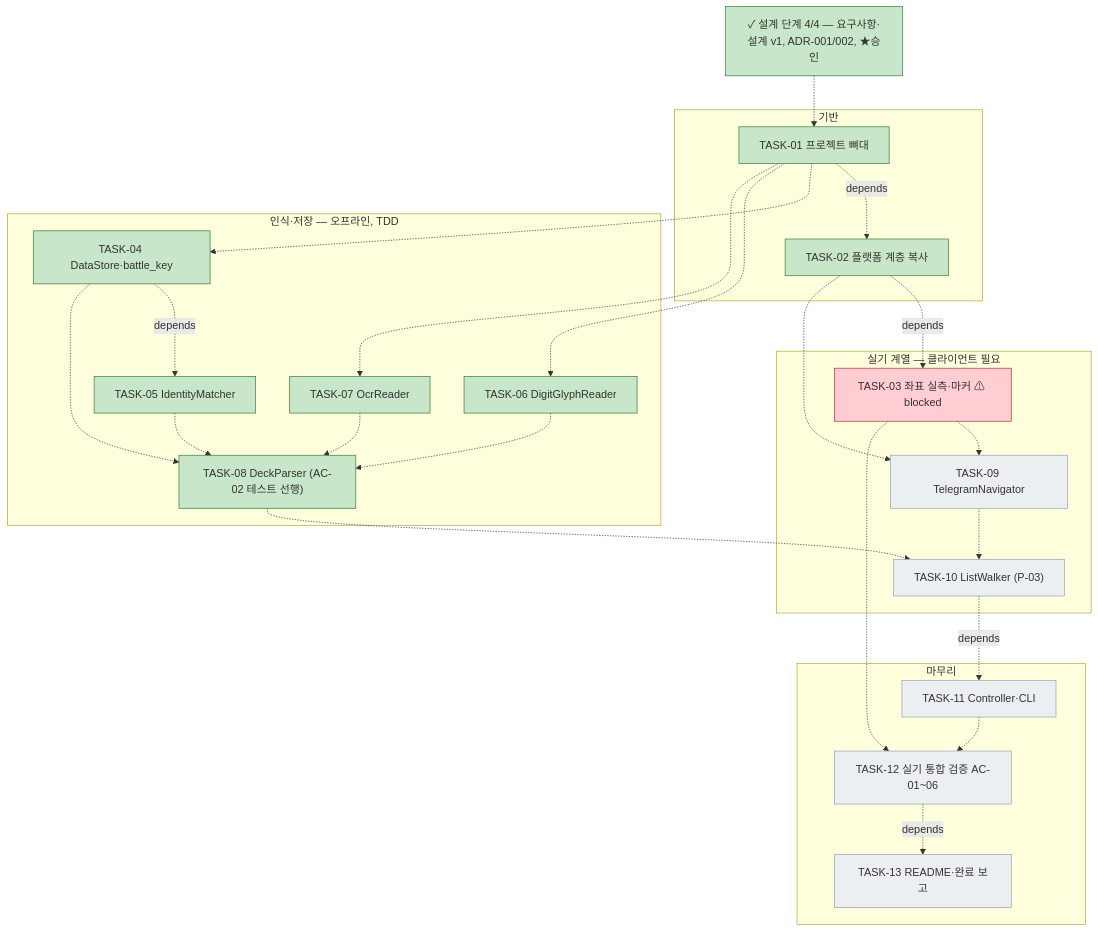
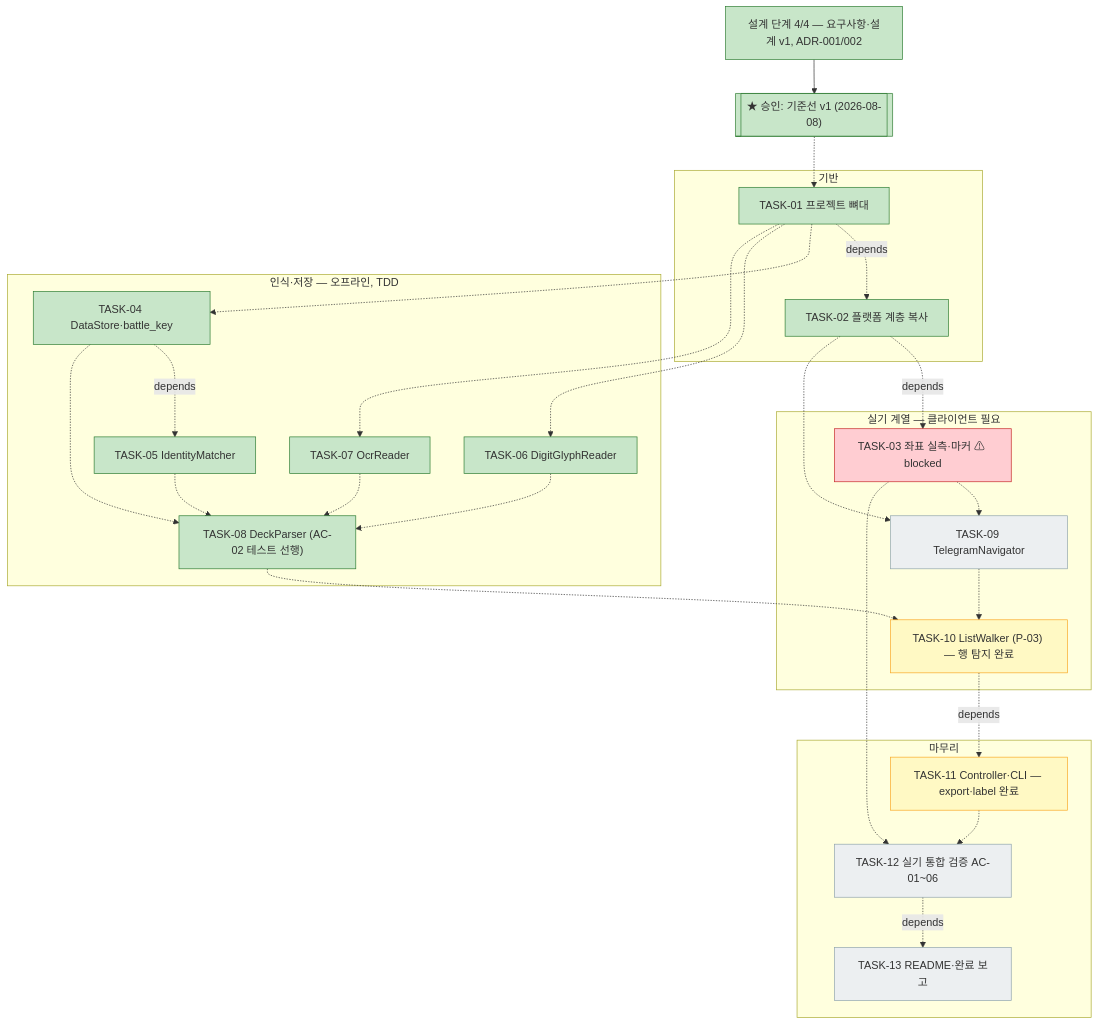
One commit to bluesky5008/sgz_statiz changed the diagram in docs/work/20260808-telegram-deck-extract/plan.md. Above: the diagram before and after it, drawn with Mermaid. The commit also changed other lines of this file and 2 other files, not shown here.

````diff
--- a/docs/work/20260808-telegram-deck-extract/plan.md
+++ b/docs/work/20260808-telegram-deck-extract/plan.md
@@ -176,47 +66,50 @@
 ```mermaid
 flowchart TD
-    D0["✓ 설계 단계 4/4 — 요구사항·설계 v1, ADR-001/002, ★승인"]:::done
+    D0["설계 단계 4/4 — 요구사항·설계 v1, ADR-001/002"]:::done
+    APR[["★ 승인: 기준선 v1 (2026-08-08)"]]:::done
+    D0 --> APR
     subgraph G1["기반"]
         T01["TASK-01 프로젝트 뼈대"]:::done
         T02["TASK-02 플랫폼 계층 복사"]:::done
     end
     subgraph G2["인식·저장 — 오프라인, TDD"]
         T04["TASK-04 DataStore·battle_key"]:::done
         T05["TASK-05 IdentityMatcher"]:::done
         T06["TASK-06 DigitGlyphReader"]:::done
         T07["TASK-07 OcrReader"]:::done
         T08["TASK-08 DeckParser (AC-02 테스트 선행)"]:::done
     end
     subgraph G3["실기 계열 — 클라이언트 필요"]
-        T03["TASK-03 좌표 실측·마커 ⚠ blocked"]:::gate
+        T03["TASK-03 좌표 실측·마커 ⚠ blocked"]:::blocked
         T09["TASK-09 TelegramNavigator"]:::todo
-        T10["TASK-10 ListWalker (P-03)"]:::todo
+        T10["TASK-10 ListWalker (P-03) — 행 탐지 완료"]:::active
     end
     subgraph G4["마무리"]
-        T11["TASK-11 Controller·CLI"]:::todo
+        T11["TASK-11 Controller·CLI — export·label 완료"]:::active
         T12["TASK-12 실기 통합 검증 AC-01~06"]:::todo
         T13["TASK-13 README·완료 보고"]:::todo
     end
-    D0 -.-> T01
+    APR -.-> T01
     T01 -. depends .-> T02
     T02 -. depends .-> T03
     T01 -.-> T04
     T01 -.-> T06
     T01 -.-> T07
     T04 -. depends .-> T05
     T04 -.-> T08
     T05 -.-> T08
     T06 -.-> T08
     T07 -.-> T08
     T02 -.-> T09
     T03 -.-> T09
     T08 -.-> T10
     T09 -.-> T10
     T10 -. depends .-> T11
     T03 -.-> T12
     T11 -.-> T12
     T12 -. depends .-> T13
     classDef done fill:#c8e6c9,stroke:#2e7d32
+    classDef active fill:#fff9c4,stroke:#f9a825
     classDef todo fill:#eceff1,stroke:#90a4ae
-    classDef gate fill:#ffcdd2,stroke:#c62828
+    classDef blocked fill:#ffcdd2,stroke:#c62828
 ```
````
